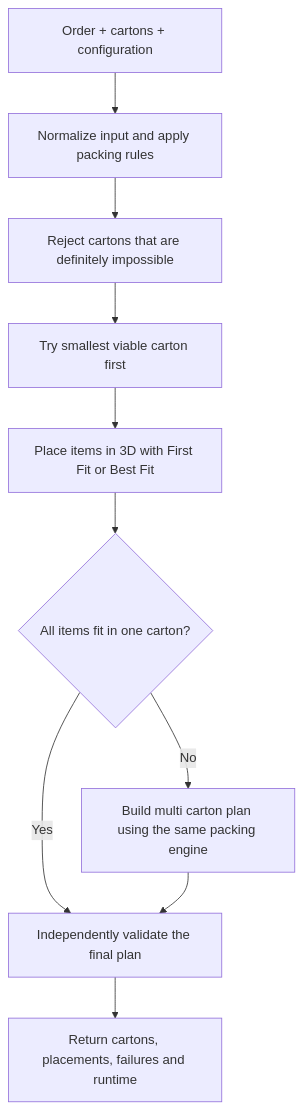
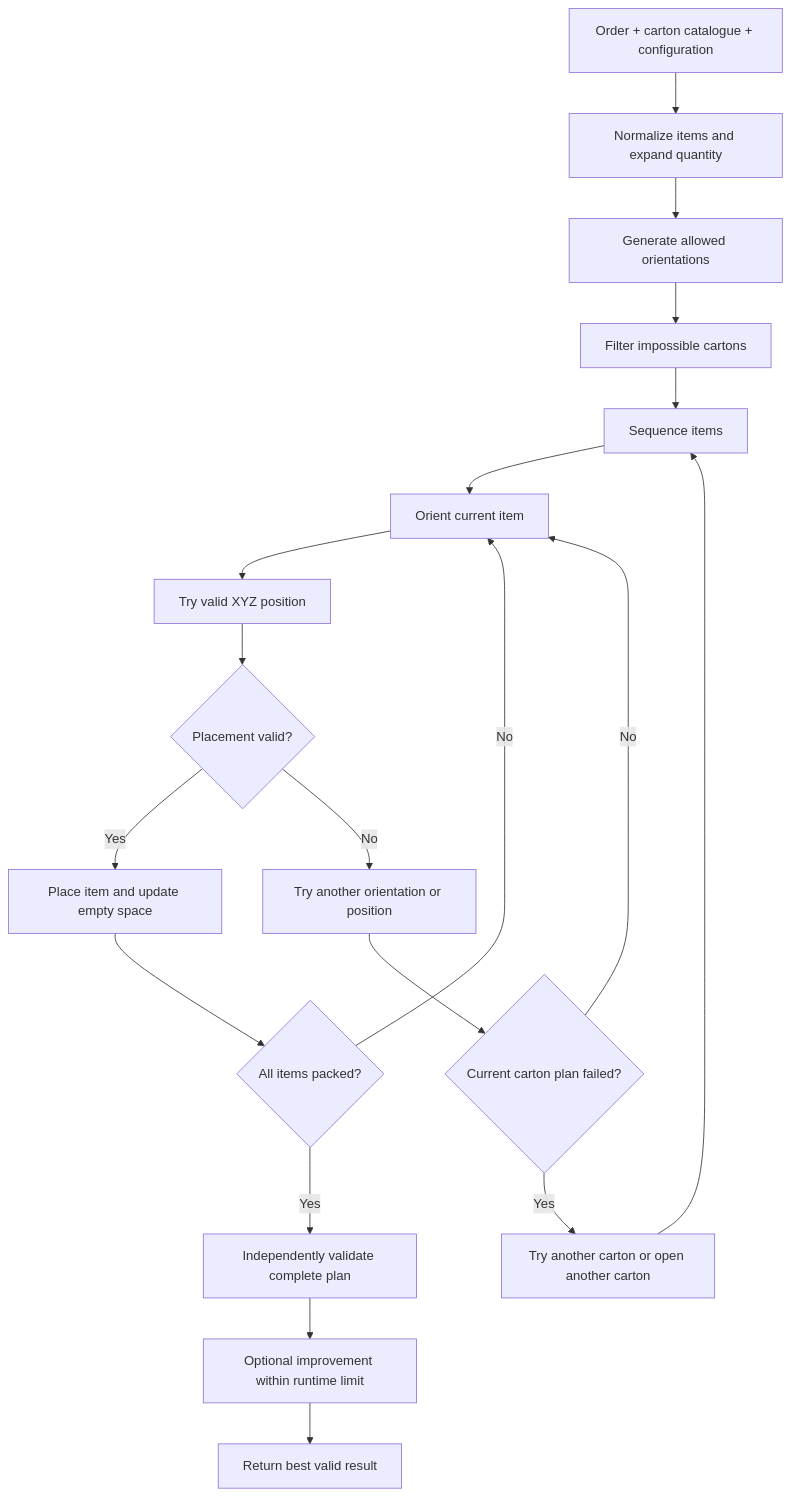
One commit to Voycepeh/ihubsolutions-capstone-project changed the diagram in src/PRODUCT_SPEC.md. Above: the diagram before and after it, drawn with Mermaid. The commit also changed other lines of this file, not shown here.

Commit message:
Refocus MVP roadmap around the full packing problem

````diff
--- a/src/PRODUCT_SPEC.md
+++ b/src/PRODUCT_SPEC.md
@@ -349,17 +286,27 @@
 ```mermaid
 flowchart TD
-    A[Order + cartons + configuration]
-    B[Normalize input and apply packing rules]
-    C[Reject cartons that are definitely impossible]
-    D[Try smallest viable carton first]
-    E[Place items in 3D with First Fit or Best Fit]
-    F{All items fit in one carton?}
-    G[Build multi carton plan using the same packing engine]
-    H[Independently validate the final plan]
-    I[Return cartons, placements, failures and runtime]
+    A[Order + carton catalogue + configuration]
+    B[Normalize items and expand quantity]
+    C[Generate allowed orientations]
+    D[Filter impossible cartons]
+    E[Sequence items]
+    F[Orient current item]
+    G[Try valid XYZ position]
+    H{Placement valid?}
+    I[Place item and update empty space]
+    J{All items packed?}
+    K[Try another orientation or position]
+    L{Current carton plan failed?}
+    M[Try another carton or open another carton]
+    N[Independently validate complete plan]
+    O[Optional improvement within runtime limit]
+    P[Return best valid result]
 
-    A --> B --> C --> D --> E --> F
-    F -->|Yes| H
-    F -->|No| G --> H
-    H --> I
+    A --> B --> C --> D --> E --> F --> G --> H
+    H -->|Yes| I --> J
+    H -->|No| K --> L
+    L -->|No| F
+    L -->|Yes| M --> E
+    J -->|No| F
+    J -->|Yes| N --> O --> P
 ```
````
